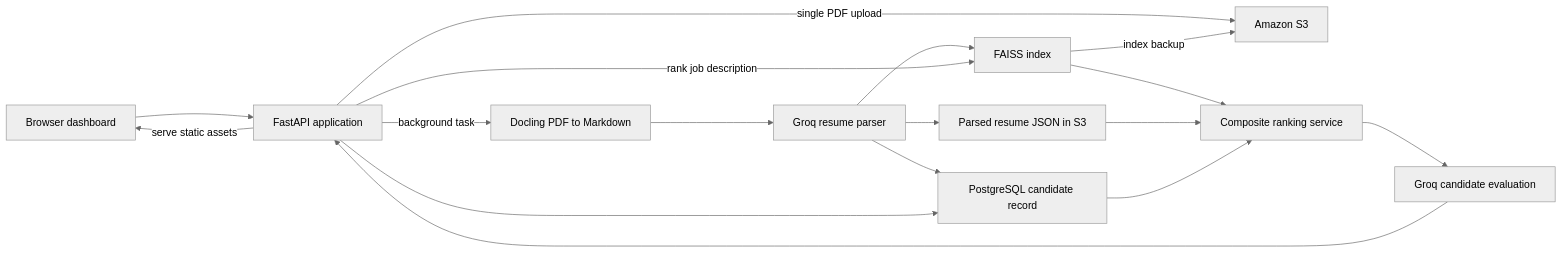
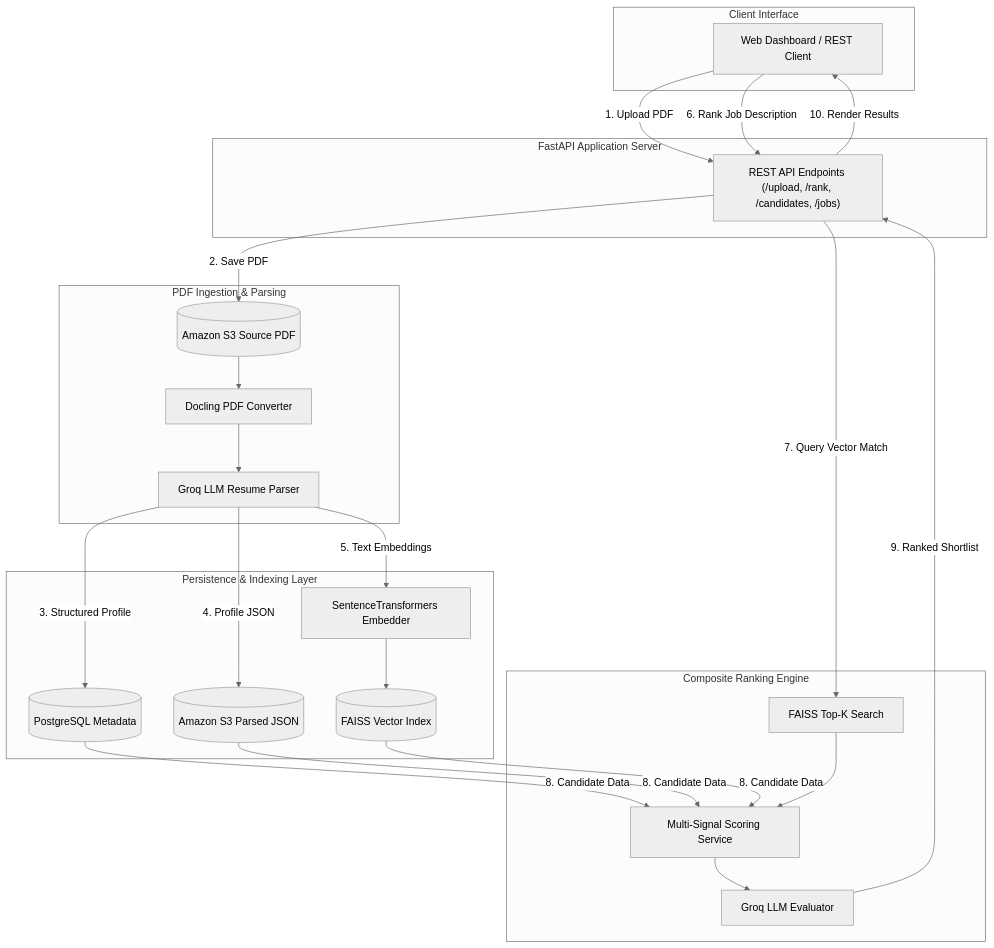
One commit to mrsaurabhtanwar/resume-screening changed the diagram in README.md. Above: the diagram before and after it, drawn with Mermaid (neutral theme). The commit also changed 2 other files, not shown here.

Commit message:
adding the ci and cdpipeline for deployment of the frontend on GitHub Pages.

````diff
--- a/README.md
+++ b/README.md
@@ -28,21 +28,48 @@
 ```mermaid
-flowchart LR
-    Browser["Browser dashboard"] --> API["FastAPI application"]
-    API -->|"serve static assets"| Browser
+flowchart TD
+    subgraph Client["Client Interface"]
+        UI["Web Dashboard / REST Client"]
+    end
 
-    API -->|"single PDF upload"| S3["Amazon S3"]
-    API -->|"background task"| Docling["Docling PDF to Markdown"]
-    Docling --> Parser["Groq resume parser"]
-    Parser --> Postgres["PostgreSQL candidate record"]
-    Parser --> Parsed["Parsed resume JSON in S3"]
-    Parser --> FAISS["FAISS index"]
-    FAISS -->|"index backup"| S3
+    subgraph API["FastAPI Application Server"]
+        Endpoints["REST API Endpoints (/upload, /rank, /candidates, /jobs)"]
+    end
 
-    API --> Postgres
-    API -->|"rank job description"| FAISS
-    FAISS --> Ranker["Composite ranking service"]
-    Parsed --> Ranker
-    Postgres --> Ranker
-    Ranker --> Evaluator["Groq candidate evaluation"]
-    Evaluator --> API
+    subgraph Ingestion["PDF Ingestion & Parsing"]
+        S3_PDF[(Amazon S3 Source PDF)]
+        Docling["Docling PDF Converter"]
+        Parser["Groq LLM Resume Parser"]
+
+        S3_PDF --> Docling --> Parser
+    end
+
+    subgraph Storage["Persistence & Indexing Layer"]
+        Postgres[(PostgreSQL Metadata)]
+        S3_JSON[(Amazon S3 Parsed JSON)]
+        FAISS[(FAISS Vector Index)]
+
+        Embedder["SentenceTransformers Embedder"]
+    end
+
+    subgraph Evaluation["Composite Ranking Engine"]
+        Search["FAISS Top-K Search"]
+        Scorer["Multi-Signal Scoring Service"]
+        GroqEval["Groq LLM Evaluator"]
+
+        Search --> Scorer --> GroqEval
+    end
+
+    %% Linear Stage Connections
+    UI -->|1. Upload PDF| Endpoints
+    Endpoints -->|2. Save PDF| S3_PDF
+    
+    Parser -->|3. Structured Profile| Postgres
+    Parser -->|4. Profile JSON| S3_JSON
+    Parser -->|5. Text Embeddings| Embedder --> FAISS
+
+    UI -->|6. Rank Job Description| Endpoints
+    Endpoints -->|7. Query Vector Match| Search
+    Postgres & S3_JSON & FAISS -->|8. Candidate Data| Scorer
+    GroqEval -->|9. Ranked Shortlist| Endpoints
+    Endpoints -->|10. Render Results| UI
 ```
````
